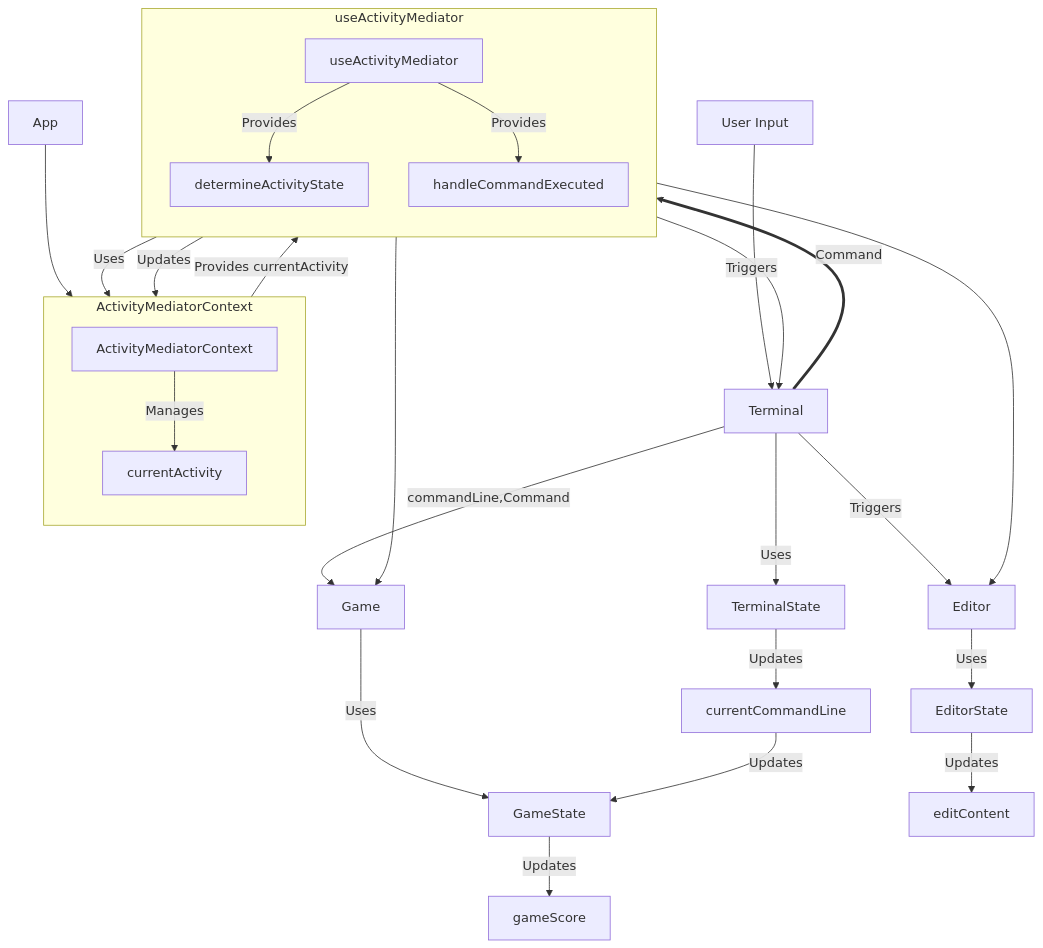
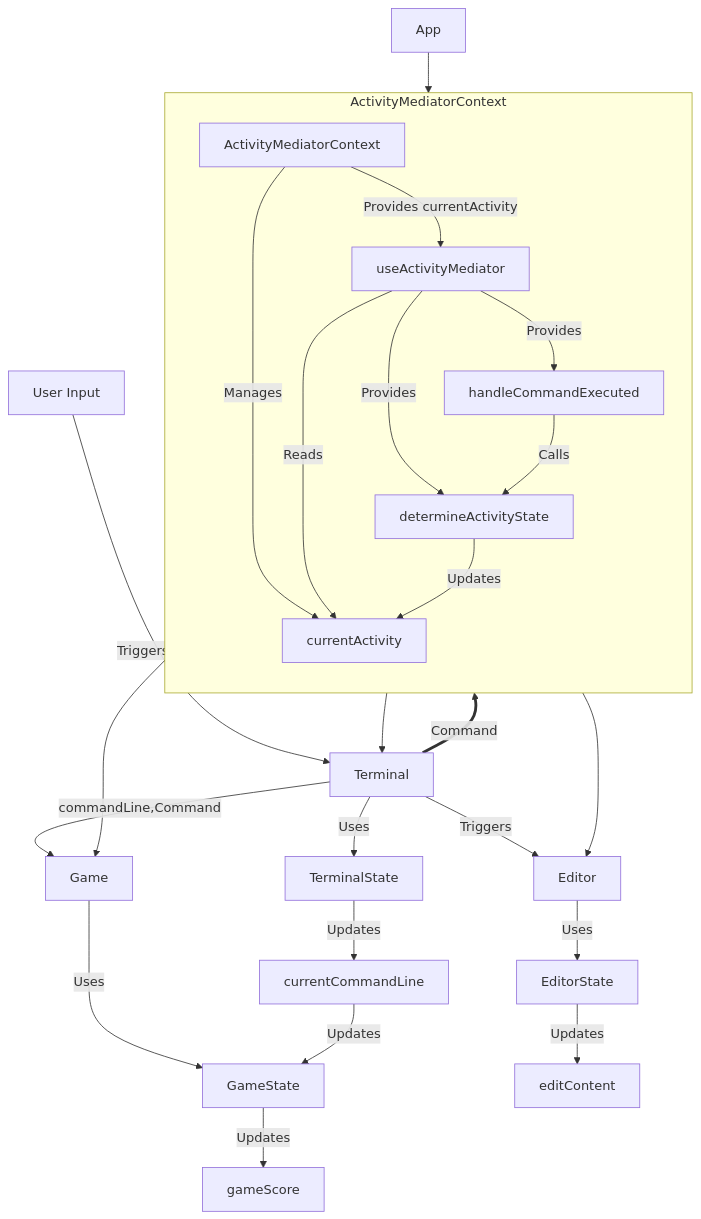
One commit to bizkite-co/handterm changed the second of 2 diagrams in docs/adr/arrange-component-state-hierarchy.md. Above: the diagram before and after it, drawn with Mermaid.

Commit message:
Update ADR

````diff
--- a/docs/adr/arrange-component-state-hierarchy.md
+++ b/docs/adr/arrange-component-state-hierarchy.md
@@ -122,36 +122,33 @@
 ```mermaid
 flowchart TD
     A[App] --> AC[ActivityMediatorContext]
     AC --> |Provides currentActivity| UAM[useActivityMediator]
     UAM --> T[Terminal]
     UAM --> E[Editor]
     UAM --> G[Game]
 
     T --> |Uses| TS[TerminalState]
     E --> |Uses| ES[EditorState]
     G --> |Uses| GSt[GameState]
 
     subgraph ActivityMediatorContext
       direction TB
       AC --> |Manages| CA[currentActivity]
-    end
-
-    subgraph useActivityMediator
-      direction TB
-      UAM --> |Uses| CA
+      UAM --> |Reads| CA
       UAM --> |Provides| DAS[determineActivityState]
       UAM --> |Provides| HCE[handleCommandExecuted]
     end
 
     TS --> |Updates| CLI[currentCommandLine]
     ES --> |Updates| EC[editContent]
     GSt --> |Updates| GSc[gameScore]
 
     CLI --> |Updates| GSt
 
     U[User Input] --> |Triggers| T
     T --> |Triggers| E
     T --> |commandLine,Command| G
     T ==> |Command| HCE
-    HCE --> |Updates| CA
+    HCE --> |Calls| DAS
+    DAS --> |Updates| CA
 ```
````
